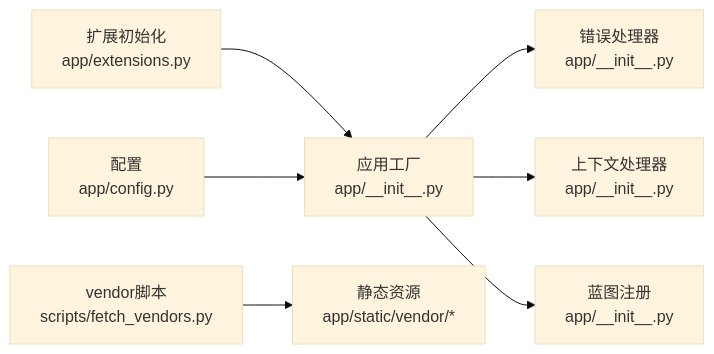
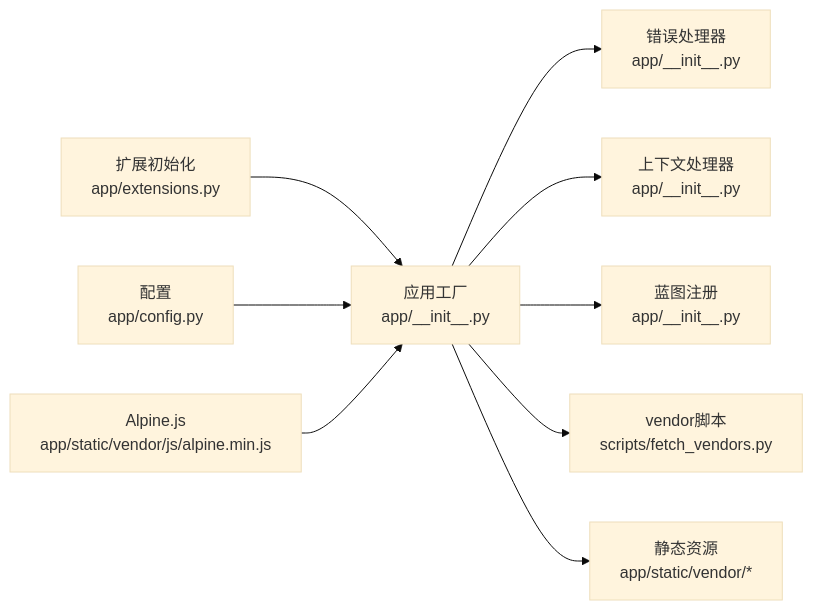
Before and after one commit to beyondalbert/my_wiki: the eighth of 8 diagrams in .qoder/repowiki/zh/content/前端模板系统.md, drawn with Mermaid (base theme). The commit also changed other lines of this file and 12 other files, not shown here.

````diff
--- a/.qoder/repowiki/zh/content/前端模板系统.md
+++ b/.qoder/repowiki/zh/content/前端模板系统.md
@@ -266,9 +404,11 @@
 ```mermaid
 graph LR
 EXT["扩展初始化<br/>app/extensions.py"] --> APP["应用工厂<br/>app/__init__.py"]
 CFG["配置<br/>app/config.py"] --> APP
 APP --> ERR["错误处理器<br/>app/__init__.py"]
 APP --> CTX["上下文处理器<br/>app/__init__.py"]
 APP --> BP["蓝图注册<br/>app/__init__.py"]
-VEN["vendor脚本<br/>scripts/fetch_vendors.py"] --> ST["静态资源<br/>app/static/vendor/*"]
+ALP["Alpine.js<br/>app/static/vendor/js/alpine.min.js"] --> APP
+APP --> VEN["vendor脚本<br/>scripts/fetch_vendors.py"]
+APP --> ST["静态资源<br/>app/static/vendor/*"]
 ```
````
